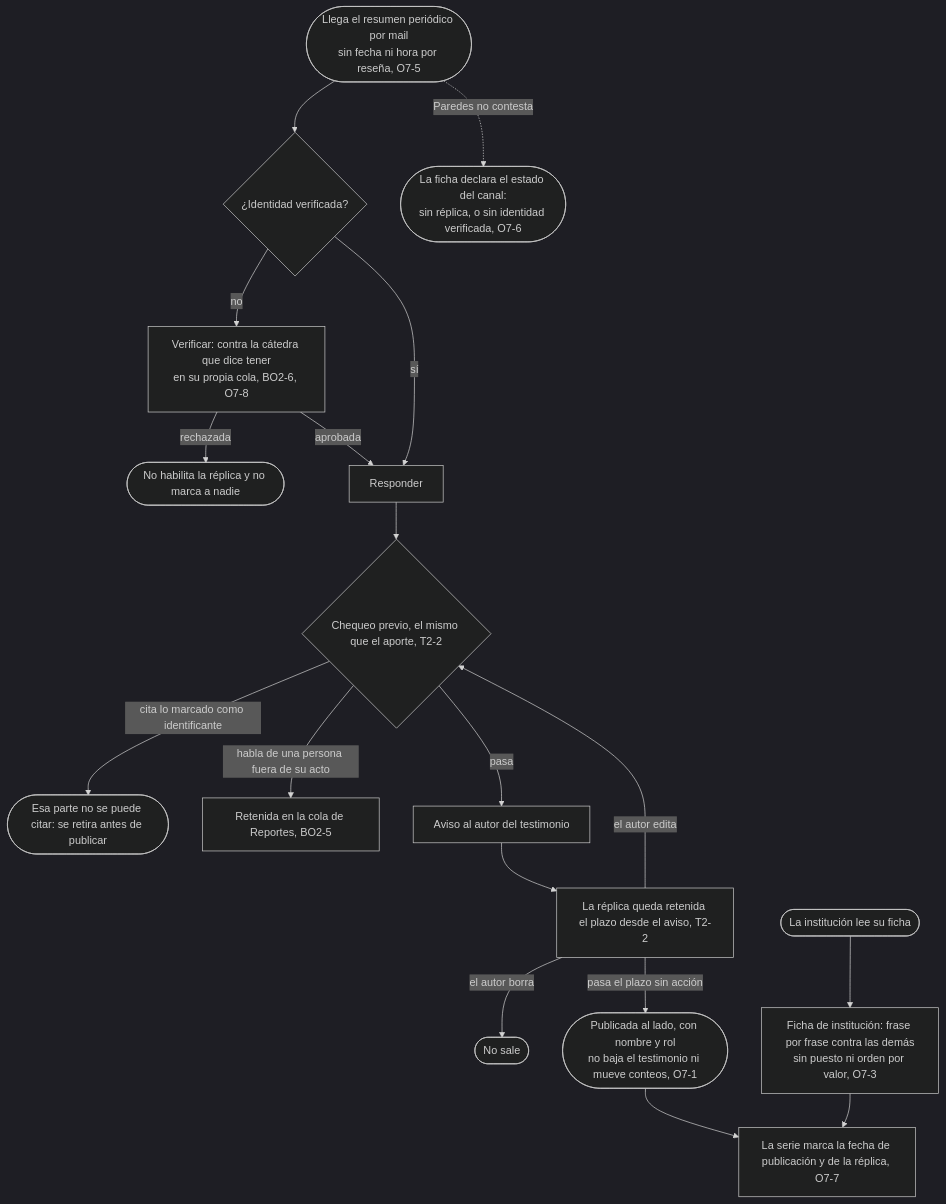
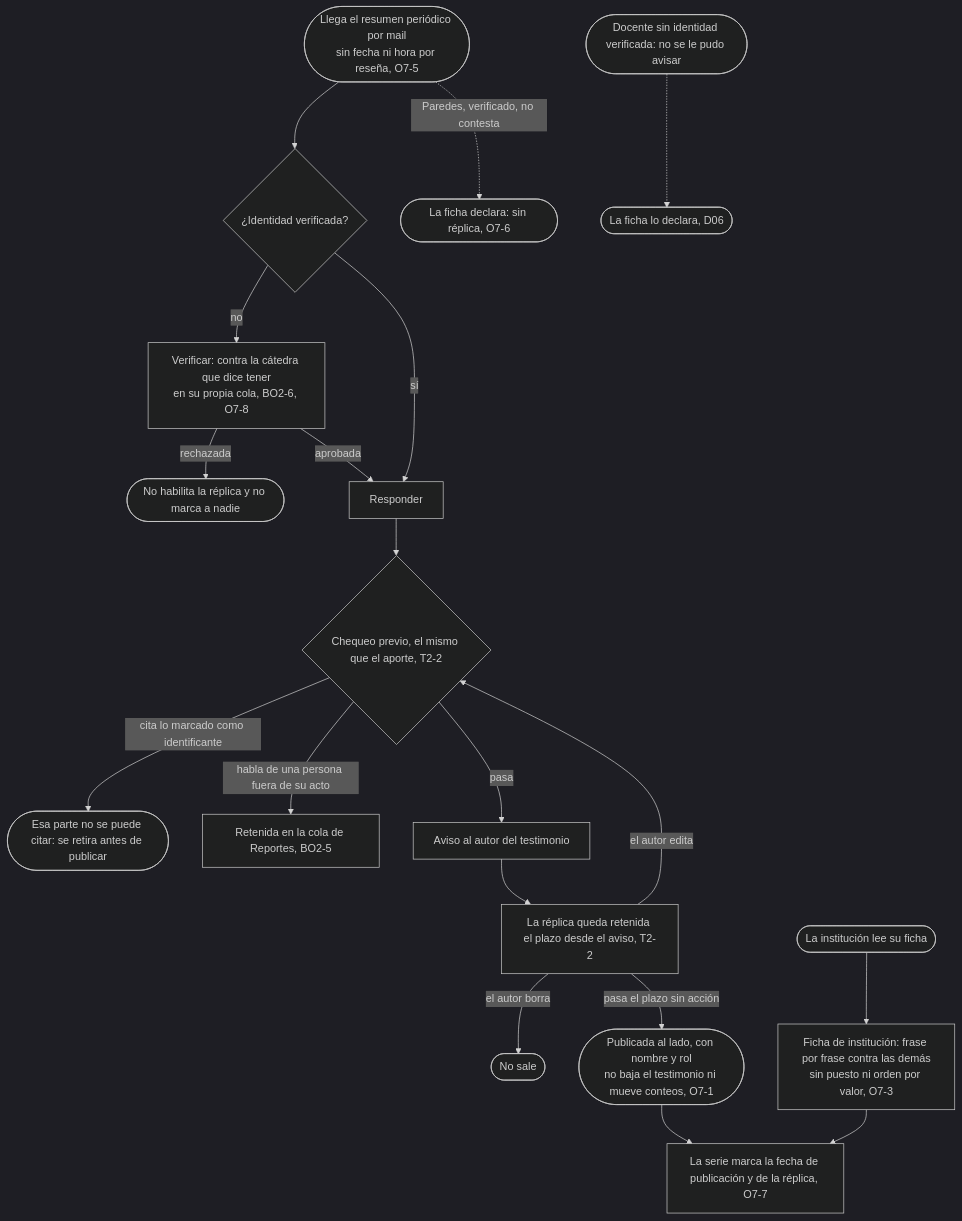
The diagram in docs/epics/reply/flow.md (lucasidev/plan-b), drawn with Mermaid (dark theme) before and after one commit. The commit also changed 65 other files, not shown here.

````diff
--- a/docs/epics/reply/flow.md
+++ b/docs/epics/reply/flow.md
@@ -5,22 +5,24 @@
 ```mermaid
 flowchart TD
   A([Llega el resumen periódico por mail<br/>sin fecha ni hora por reseña, O7-5]) --> B{¿Identidad verificada?}
   B -->|no| C[Verificar: contra la cátedra que dice tener<br/>en su propia cola, BO2-6, O7-8]
   C -->|rechazada| C1([No habilita la réplica y no marca a nadie])
   C -->|aprobada| D
   B -->|sí| D[Responder]
   D --> E{Chequeo previo, el mismo que el aporte, T2-2}
   E -->|cita lo marcado como identificante| E1([Esa parte no se puede citar: se retira antes de publicar])
   E -->|habla de una persona fuera de su acto| E2[Retenida en la cola de Reportes, BO2-5]
   E -->|pasa| F[Aviso al autor del testimonio]
   F --> G[La réplica queda retenida el plazo desde el aviso, T2-2]
   G -->|el autor edita| E
   G -->|el autor borra| G1([No sale])
   G -->|pasa el plazo sin acción| H([Publicada al lado, con nombre y rol<br/>no baja el testimonio ni mueve conteos, O7-1])
   H --> I[La serie marca la fecha de publicación y de la réplica, O7-7]
 
-  A -.->|Paredes no contesta| J([La ficha declara el estado del canal:<br/>sin réplica, o sin identidad verificada, O7-6])
+  A -.->|Paredes, verificado, no contesta| J([La ficha declara: sin réplica, O7-6])
+
+  M([Docente sin identidad verificada: no se le pudo avisar]) -.-> N([La ficha lo declara, D06])
 
   K([La institución lee su ficha]) --> L[Ficha de institución: frase por frase contra las demás<br/>sin puesto ni orden por valor, O7-3]
   L --> I
 ```
````
